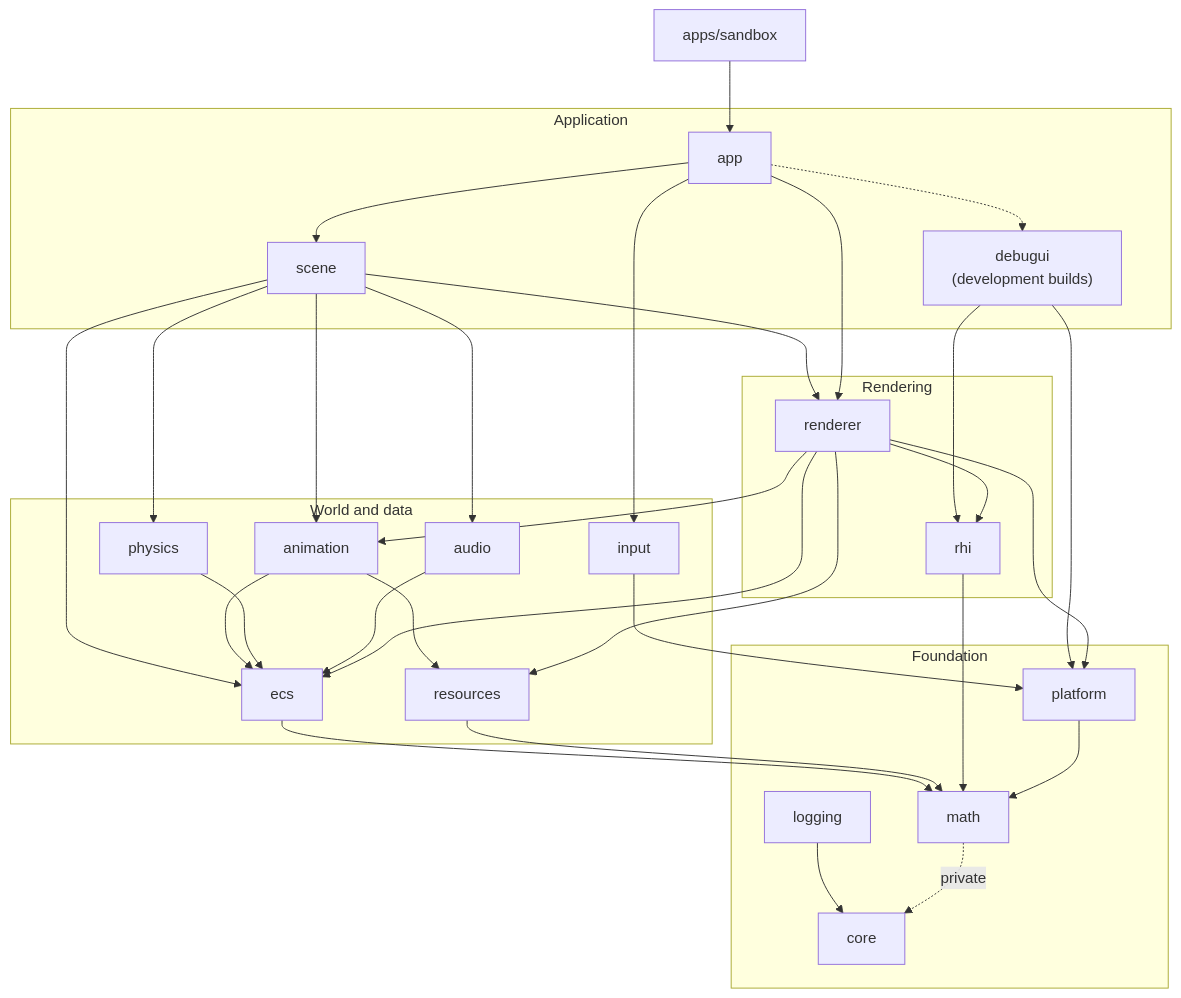
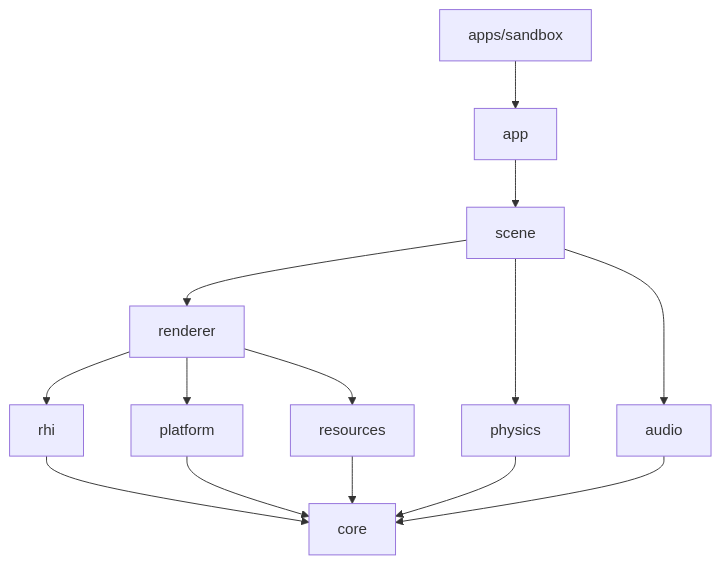
The first of 7 diagrams in docs/ARCHITECTURE.md (SBXdev3D/daidalos-engine-next), drawn with Mermaid before and after one commit. The commit also changed other lines of this file and 11 other files, not shown here.

````diff
--- a/docs/ARCHITECTURE.md
+++ b/docs/ARCHITECTURE.md
@@ -9,59 +9,16 @@
 ```mermaid
 flowchart TD
     sandbox["apps/sandbox"] --> app
-
-    subgraph application [Application]
-        app
-        scene
-        debugui["debugui<br/>(development builds)"]
-    end
-
-    subgraph rendering [Rendering]
-        renderer
-        rhi
-    end
-
-    subgraph world [World and data]
-        physics
-        audio
-        animation
-        ecs
-        resources
-        input
-    end
-
-    subgraph foundation [Foundation]
-        platform
-        logging
-        math
-        core
-    end
-
     app --> scene
-    app --> input
     scene --> renderer
-    scene --> ecs
     scene --> physics
     scene --> audio
-    scene --> animation
-    renderer --> animation
-    animation --> ecs
-    animation --> resources
-    physics --> ecs
-    audio --> ecs
-    app -.-> debugui
-    app --> renderer
-    debugui --> rhi
-    debugui --> platform
     renderer --> rhi
-    renderer --> ecs
+    renderer --> platform
     renderer --> resources
-    renderer --> platform
-    input --> platform
-    ecs --> math
-    resources --> math
-    rhi --> math
-    platform --> math
-    logging --> core
-    math -. private .-> core
+    rhi --> core
+    platform --> core
+    resources --> core
+    physics --> core
+    audio --> core
 ```
````
